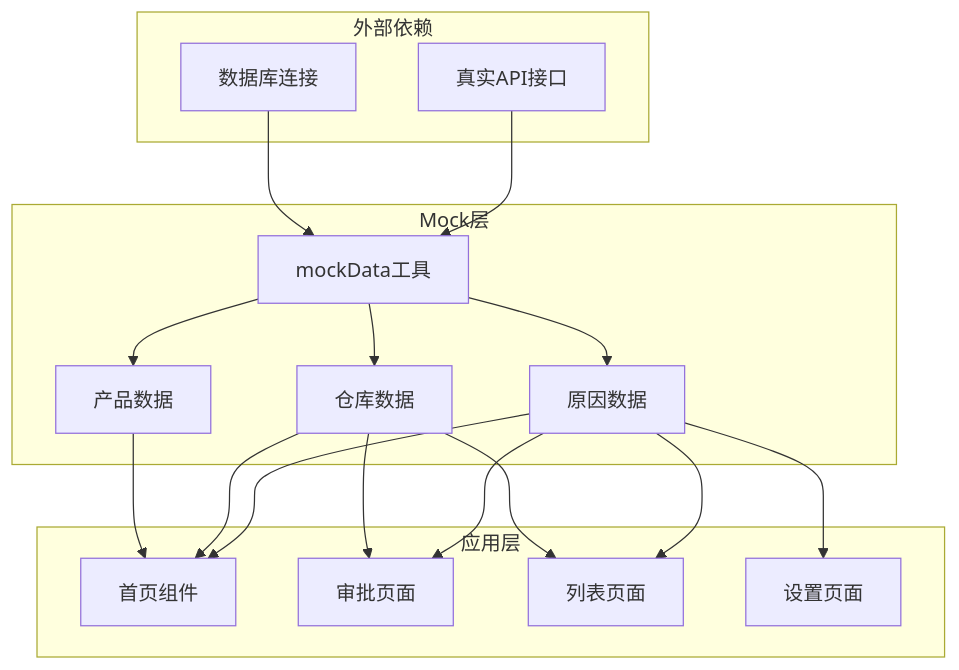
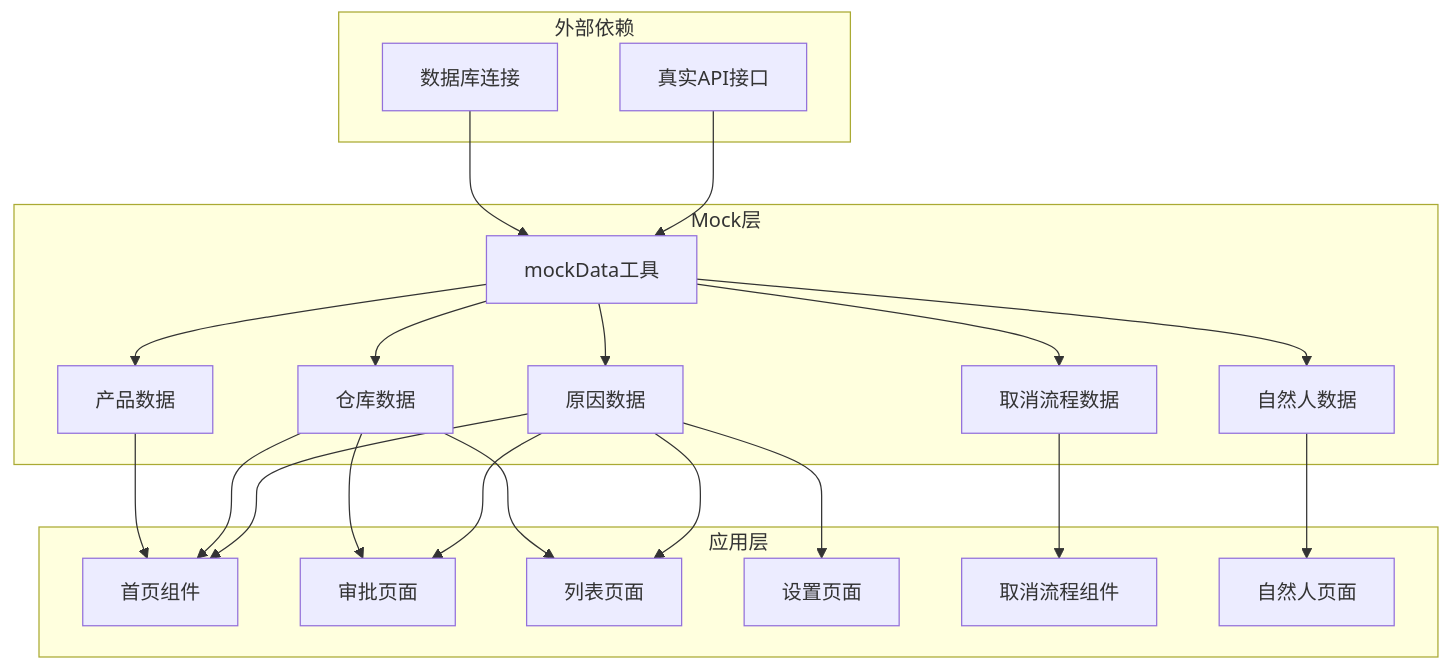
The third of 10 diagrams in .qoder/repowiki/zh/content/状态管理系统/Mock数据管理.md (chinak/permission_apply), drawn with Mermaid before and after one commit. The commit also changed other lines of this file and 43 other files, not shown here.

````diff
--- a/.qoder/repowiki/zh/content/状态管理系统/Mock数据管理.md
+++ b/.qoder/repowiki/zh/content/状态管理系统/Mock数据管理.md
@@ -153,32 +191,40 @@
 ```mermaid
 graph TD
 subgraph "外部依赖"
 API[真实API接口]
 Database[数据库连接]
 end
 subgraph "Mock层"
 MockData[mockData工具]
 ReasonData[原因数据]
 WarehouseData[仓库数据]
 ProductData[产品数据]
+CancellationData[取消流程数据]
+NaturalPersonData[自然人数据]
 end
 subgraph "应用层"
 HomePage[首页组件]
 ApprovalPage[审批页面]
 ListPage[列表页面]
 SettingsPage[设置页面]
+CancelProcess[取消流程组件]
+NaturalPersonPage[自然人页面]
 end
 API --> MockData
 Database --> MockData
 MockData --> ReasonData
 MockData --> WarehouseData
 MockData --> ProductData
+MockData --> CancellationData
+MockData --> NaturalPersonData
 ReasonData --> HomePage
 ReasonData --> ApprovalPage
 ReasonData --> ListPage
 ReasonData --> SettingsPage
 WarehouseData --> HomePage
 WarehouseData --> ApprovalPage
 WarehouseData --> ListPage
 ProductData --> HomePage
+CancellationData --> CancelProcess
+NaturalPersonData --> NaturalPersonPage
 ```
````
